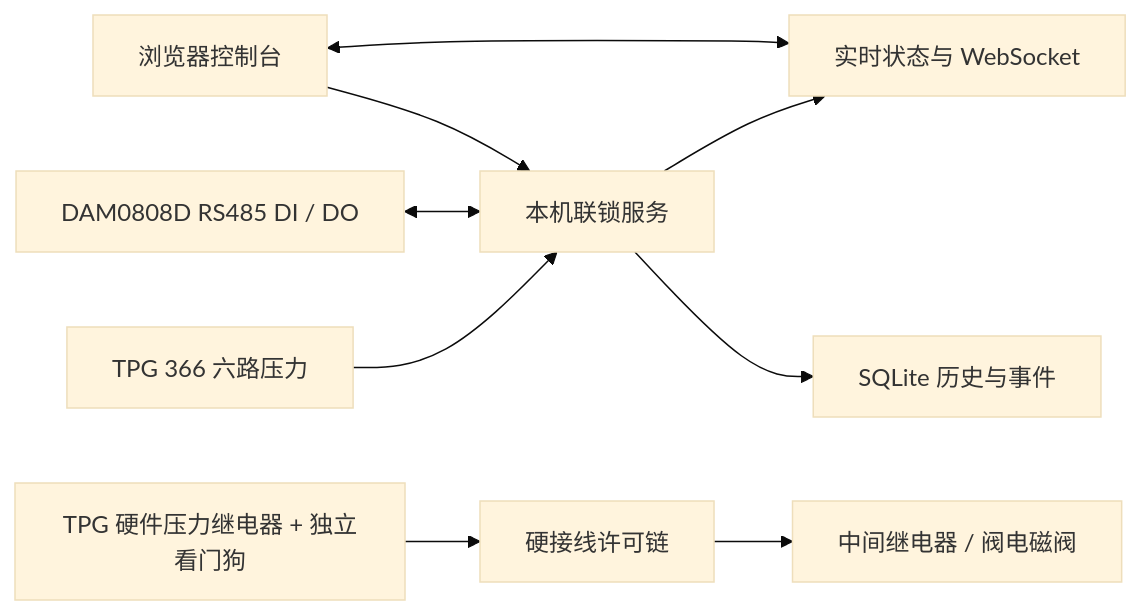
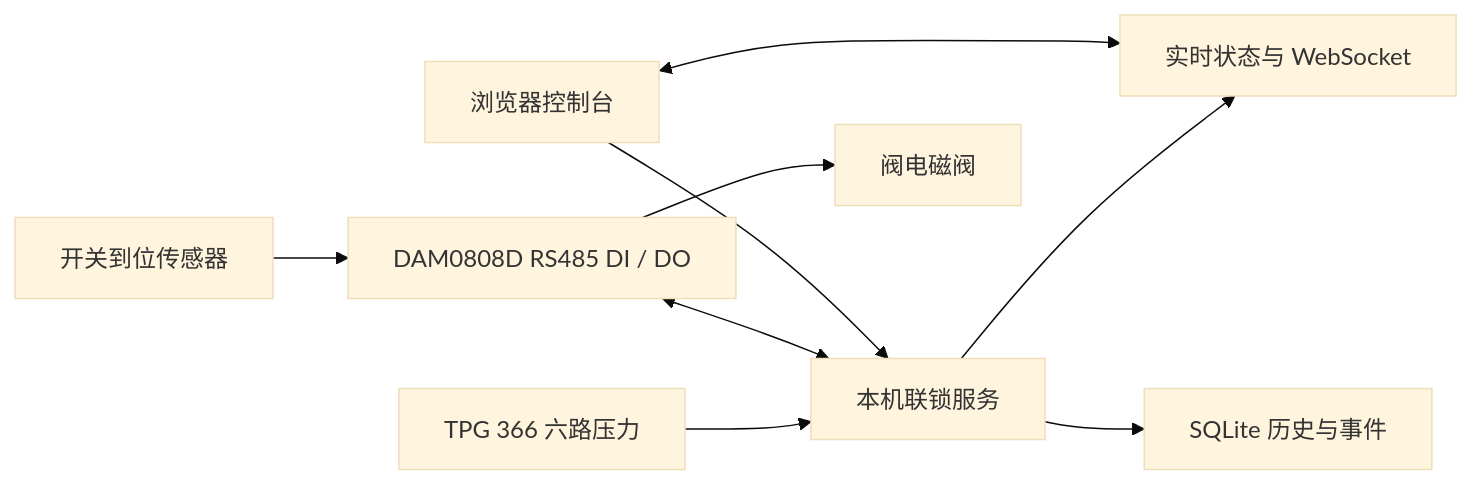
The diagram in README.md (dcysbb/1025), drawn with Mermaid (base theme) before and after one commit. The commit also changed other lines of this file and 9 other files, not shown here.

````diff
--- a/README.md
+++ b/README.md
@@ -70,11 +70,11 @@
 ```mermaid
 flowchart LR
   A[TPG 366 六路压力] --> B[本机联锁服务]
   C[DAM0808D RS485 DI / DO] <--> B
   B --> D[实时状态与 WebSocket]
   B --> E[SQLite 历史与事件]
   F[浏览器控制台] <--> D
   F --> B
-  G[TPG 硬件压力继电器 + 独立看门狗] --> H[硬接线许可链]
-  H --> I[中间继电器 / 阀电磁阀]
+  C --> I[阀电磁阀]
+  J[开关到位传感器] --> C
 ```
````
